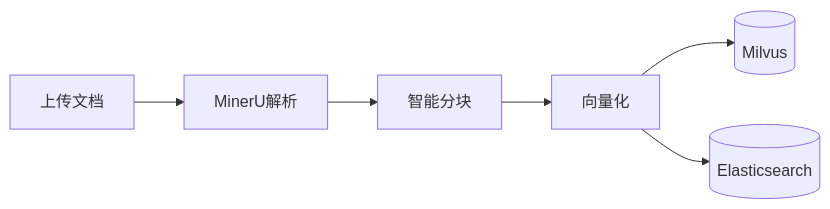
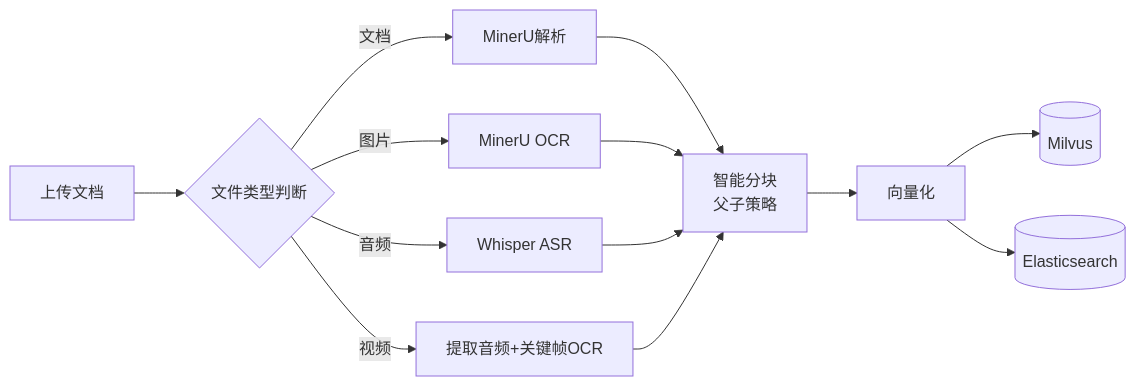
One commit to honglanjingyu/PaperReadingRAG changed the first of 6 diagrams in README.md. Above: the diagram before and after it, drawn with Mermaid. The commit also changed other lines of this file and 28 other files, not shown here.

````diff
--- a/README.md
+++ b/README.md
@@ -32,8 +50,15 @@
 ```mermaid
 graph LR
-    A[上传文档] --> B[MinerU解析]
-    B --> C[智能分块]
-    C --> D[向量化]
-    D --> E[(Milvus)]
-    D --> F[(Elasticsearch)]
+    A[上传文档] --> B{文件类型判断}
+    B -->|文档| C[MinerU解析]
+    B -->|图片| D[MinerU OCR]
+    B -->|音频| E[Whisper ASR]
+    B -->|视频| F[提取音频+关键帧OCR]
+    C --> G[智能分块<br>父子策略]
+    D --> G
+    E --> G
+    F --> G
+    G --> H[向量化]
+    H --> I[(Milvus)]
+    H --> J[(Elasticsearch)]
 ```
````
